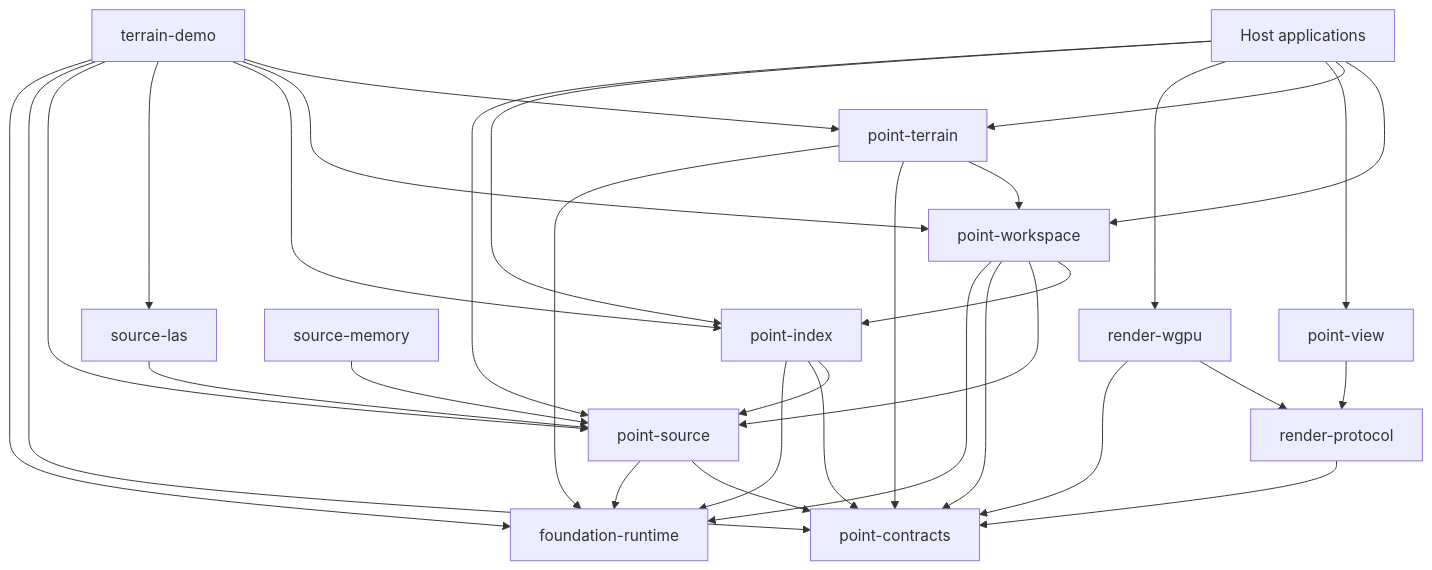
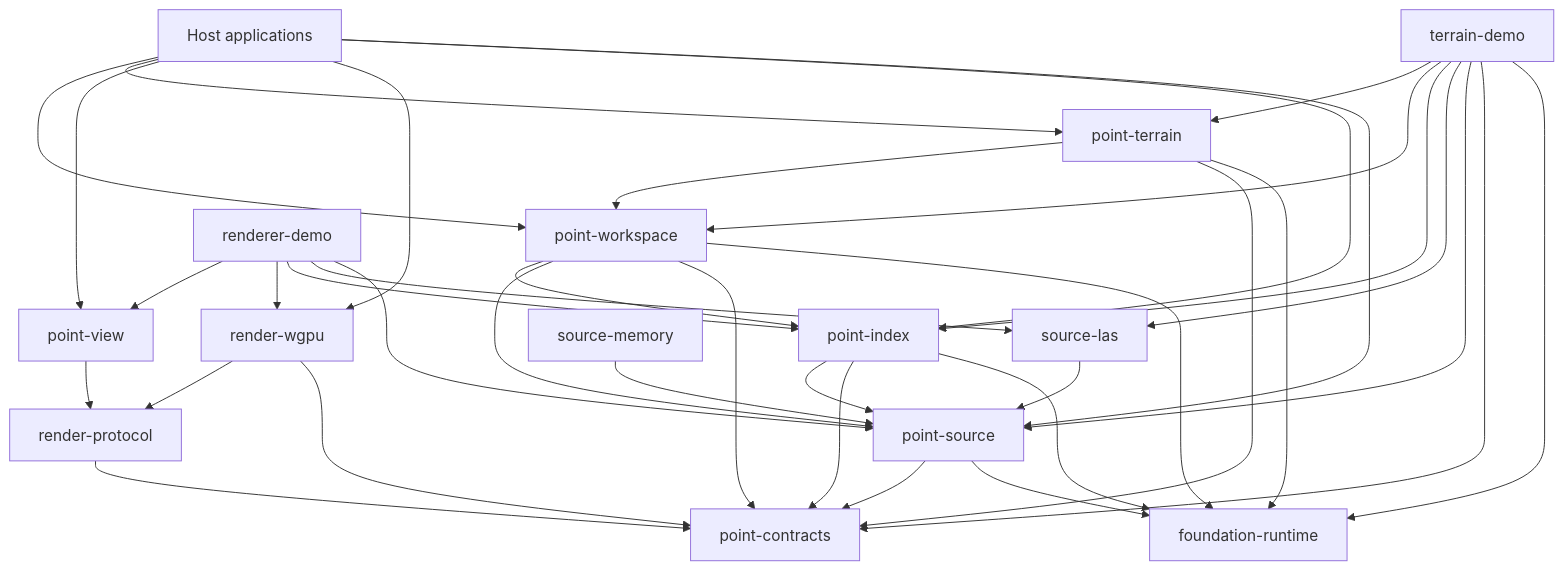
One commit to xxibcill/punctra changed the diagram in docs/architecture/README.md. Above: the diagram before and after it, drawn with Mermaid. The commit also changed other lines of this file and 124 other files, not shown here.

```diff
--- a/docs/architecture/README.md
+++ b/docs/architecture/README.md
@@ -35,40 +38,46 @@
 ~~~mermaid
 flowchart TD
     APP["Host applications"] --> WS["point-workspace"]
     APP --> TER["point-terrain"]
     APP --> VIEW["point-view"]
     APP --> RW["render-wgpu"]
     APP --> IDX["point-index"]
     APP --> SRC["point-source"]
+
+    RDEMO["renderer-demo"] --> VIEW
+    RDEMO --> RW
+    RDEMO --> IDX
+    RDEMO --> LAS
+    RDEMO --> SRC
 
     WS --> IDX
     WS --> SRC
     WS --> CT["point-contracts"]
     WS --> RT["foundation-runtime"]
 
     TER --> WS
     TER --> CT
     TER --> RT
 
     IDX --> SRC
     IDX --> CT
     IDX --> RT
 
     VIEW --> RP["render-protocol"]
     RW --> RP
     RW --> CT
     RP --> CT
 
     SRC --> CT
     SRC --> RT
     LAS["source-las"] --> SRC
     MEM["source-memory"] --> SRC
 
     TDEMO["terrain-demo"] --> TER
     TDEMO --> WS
     TDEMO --> IDX
     TDEMO --> LAS
     TDEMO --> SRC
     TDEMO --> CT
     TDEMO --> RT
 ~~~
```
